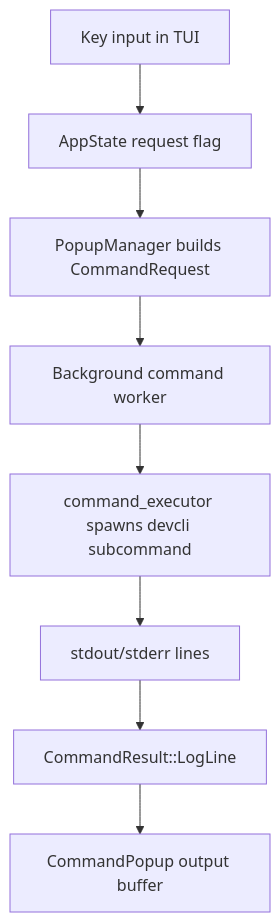
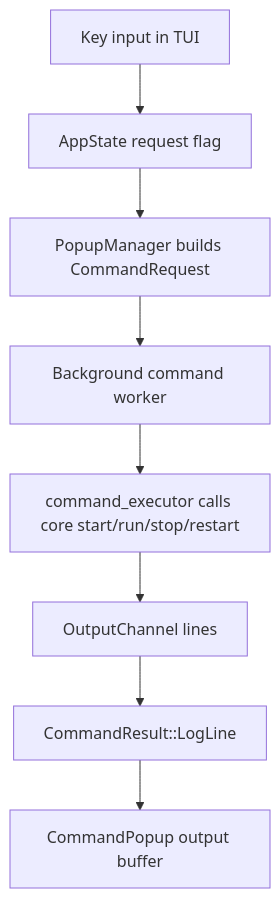
One commit to xDelph/devcli changed the first of 2 diagrams in docs/devcli-core-command-lifecycle.md. Above: the diagram before and after it, drawn with Mermaid. The commit also changed other lines of this file and 12 other files, not shown here.

````diff
--- a/docs/devcli-core-command-lifecycle.md
+++ b/docs/devcli-core-command-lifecycle.md
@@ -43,10 +35,10 @@
 ```mermaid
 flowchart TD
   A["Key input in TUI"] --> B["AppState request flag"]
   B --> C["PopupManager builds CommandRequest"]
   C --> D["Background command worker"]
-  D --> E["command_executor spawns devcli subcommand"]
-  E --> F["stdout/stderr lines"]
+  D --> E["command_executor calls core start/run/stop/restart"]
+  E --> F["OutputChannel lines"]
   F --> G["CommandResult::LogLine"]
   G --> H["CommandPopup output buffer"]
 ```
````
